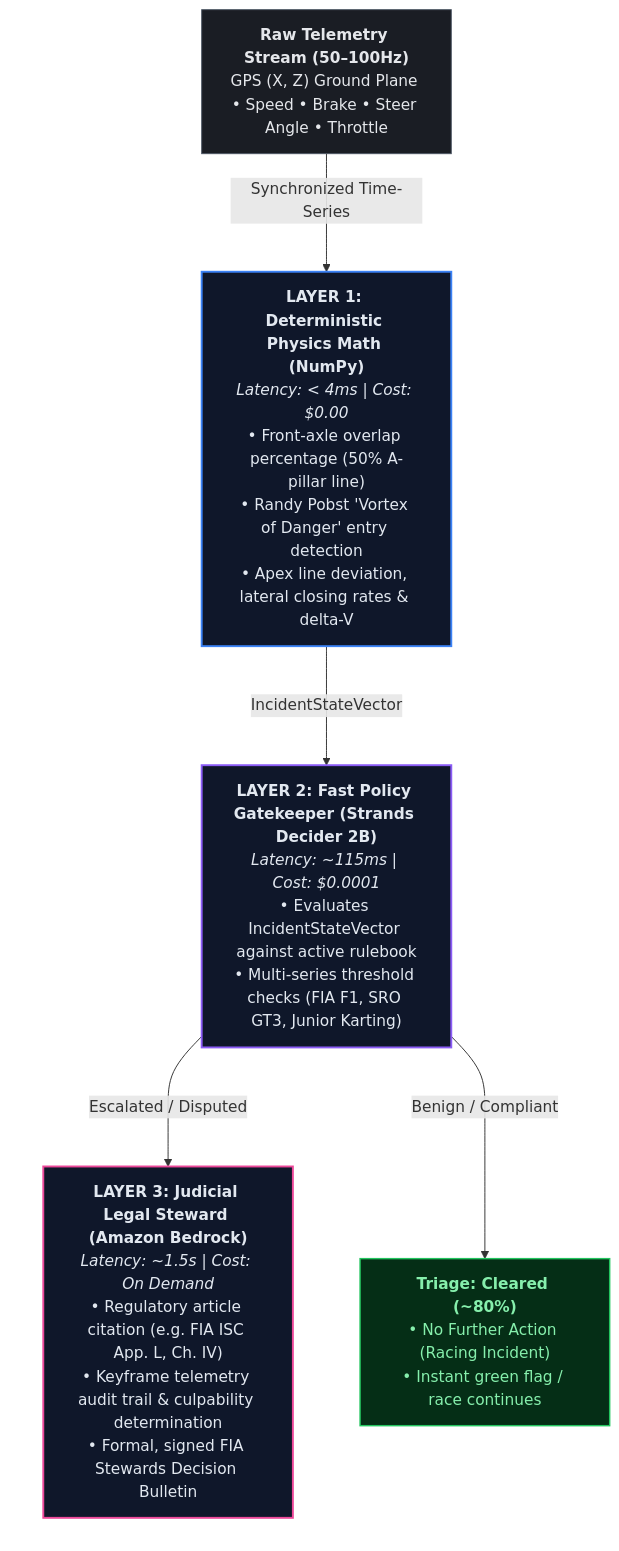
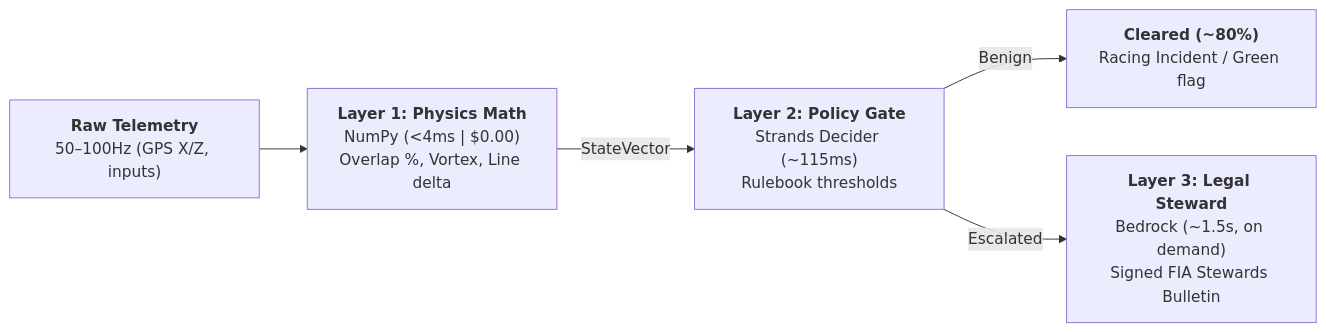
Before and after one commit to andreigrigore464-lang/ApexGuard: the diagram in README.md, drawn with Mermaid.

Commit message:
Revise architecture diagram for three-tier pipeline
Updated the architecture diagram to improve clarity and structure.

````diff
--- a/README.md
+++ b/README.md
@@ -27,26 +27,12 @@
 ```mermaid
-flowchart TD
-    IN["<b>Raw Telemetry Stream (50–100Hz)</b><br/>GPS (X, Z) Ground Plane • Speed • Brake • Steer Angle • Throttle"]
-    subgraph L1_BOX [" "]
-        L1["<b>LAYER 1: Deterministic Physics Math (NumPy)</b><br/><i>Latency: &lt; 4ms | Cost: $0.00</i><br/>• Front-axle overlap percentage (50% A-pillar line)<br/>• Randy Pobst 'Vortex of Danger' entry detection<br/>• Apex line deviation, lateral closing rates & delta-V"]
-    end
-    subgraph L2_BOX [" "]
-        L2["<b>LAYER 2: Fast Policy Gatekeeper (Strands Decider 2B)</b><br/><i>Latency: ~115ms | Cost: $0.0001</i><br/>• Evaluates IncidentStateVector against active rulebook<br/>• Multi-series threshold checks (FIA F1, SRO GT3, Junior Karting)"]
-    end
-    CLEARED["<b>Triage: Cleared (~80%)</b><br/>• No Further Action (Racing Incident)<br/>• Instant green flag / race continues"]
-    subgraph L3_BOX [" "]
-        L3["<b>LAYER 3: Judicial Legal Steward (Amazon Bedrock)</b><br/><i>Latency: ~1.5s | Cost: On Demand</i><br/>• Regulatory article citation (e.g. FIA ISC App. L, Ch. IV)<br/>• Keyframe telemetry audit trail & culpability determination<br/>• Formal, signed FIA Stewards Decision Bulletin"]
-    end
-    IN -->|"Synchronized Time-Series"| L1
-    L1 -->|"IncidentStateVector"| L2
-    L2 -->|"Benign / Compliant"| CLEARED
-    L2 -->|"Escalated / Disputed"| L3
-    style IN fill:#1a1d24,stroke:#4b5563,stroke-width:1px,color:#e5e7eb
-    style L1 fill:#0f172a,stroke:#3b82f6,stroke-width:2px,color:#e2e8f0
-    style L2 fill:#0f172a,stroke:#8b5cf6,stroke-width:2px,color:#e2e8f0
-    style L3 fill:#0f172a,stroke:#ec4899,stroke-width:2px,color:#e2e8f0
-    style CLEARED fill:#052e16,stroke:#22c55e,stroke-width:1.5px,color:#86efac
-    style L1_BOX fill:transparent,stroke:none
-    style L2_BOX fill:transparent,stroke:none
-    style L3_BOX fill:transparent,stroke:none
+flowchart LR
+    IN["<b>Raw Telemetry</b><br/>50–100Hz (GPS X/Z, inputs)"]
+    L1["<b>Layer 1: Physics Math</b><br/>NumPy (&lt;4ms | $0.00)<br/>Overlap %, Vortex, Line delta"]
+    L2["<b>Layer 2: Policy Gate</b><br/>Strands Decider (~115ms)<br/>Rulebook thresholds"]
+    OK["<b>Cleared (~80%)</b><br/>Racing Incident / Green flag"]
+    L3["<b>Layer 3: Legal Steward</b><br/>Bedrock (~1.5s, on demand)<br/>Signed FIA Stewards Bulletin"]
+    IN --> L1
+    L1 -->|StateVector| L2
+    L2 -->|Benign| OK
+    L2 -->|Escalated| L3
 ```
````
